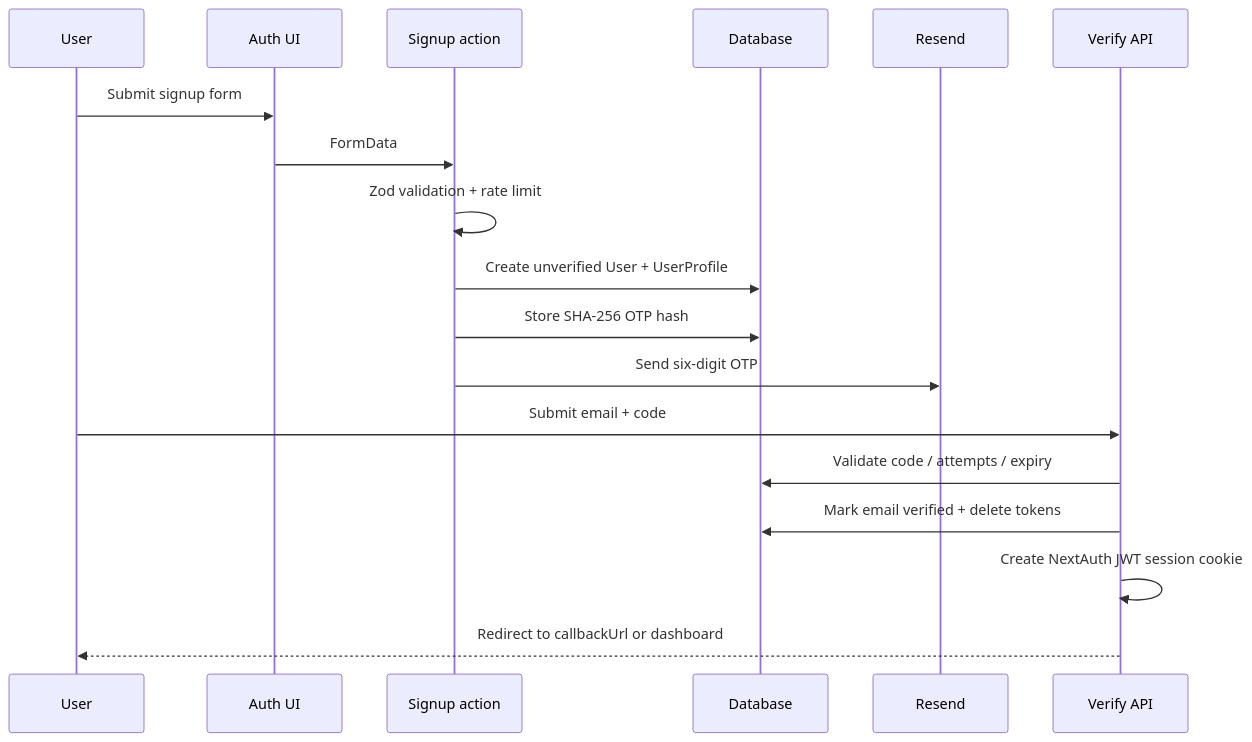
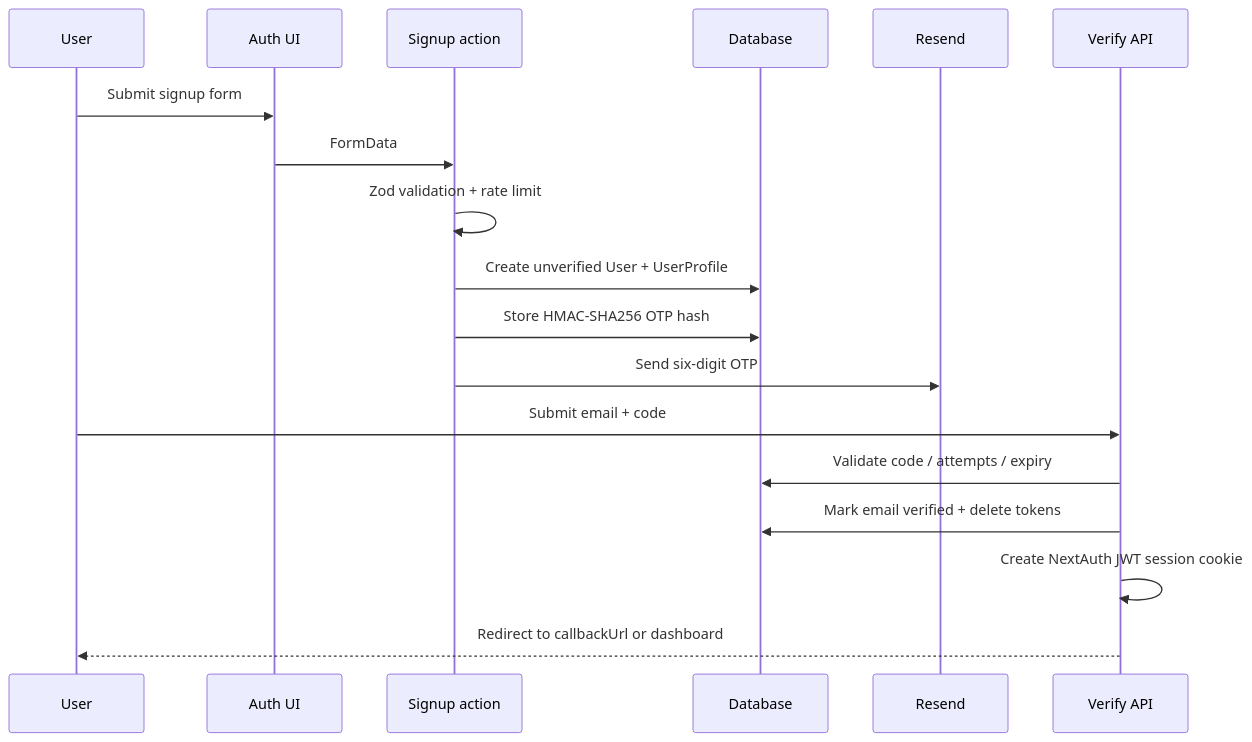
Before and after one commit to manumu-studio/auth-manumu-studio: the second of 4 diagrams in docs/ARCHITECTURE.md, drawn with Mermaid. The commit also changed other lines of this file and 76 other files, not shown here.

````diff
--- a/docs/ARCHITECTURE.md
+++ b/docs/ARCHITECTURE.md
@@ -52,21 +52,21 @@
 ```mermaid
 sequenceDiagram
     participant U as User
     participant A as Auth UI
     participant S as Signup action
     participant D as Database
     participant E as Resend
     participant V as Verify API
 
     U->>A: Submit signup form
     A->>S: FormData
     S->>S: Zod validation + rate limit
     S->>D: Create unverified User + UserProfile
-    S->>D: Store SHA-256 OTP hash
+    S->>D: Store HMAC-SHA256 OTP hash
     S->>E: Send six-digit OTP
     U->>V: Submit email + code
     V->>D: Validate code / attempts / expiry
     V->>D: Mark email verified + delete tokens
     V->>V: Create NextAuth JWT session cookie
     V-->>U: Redirect to callbackUrl or dashboard
 ```
````
